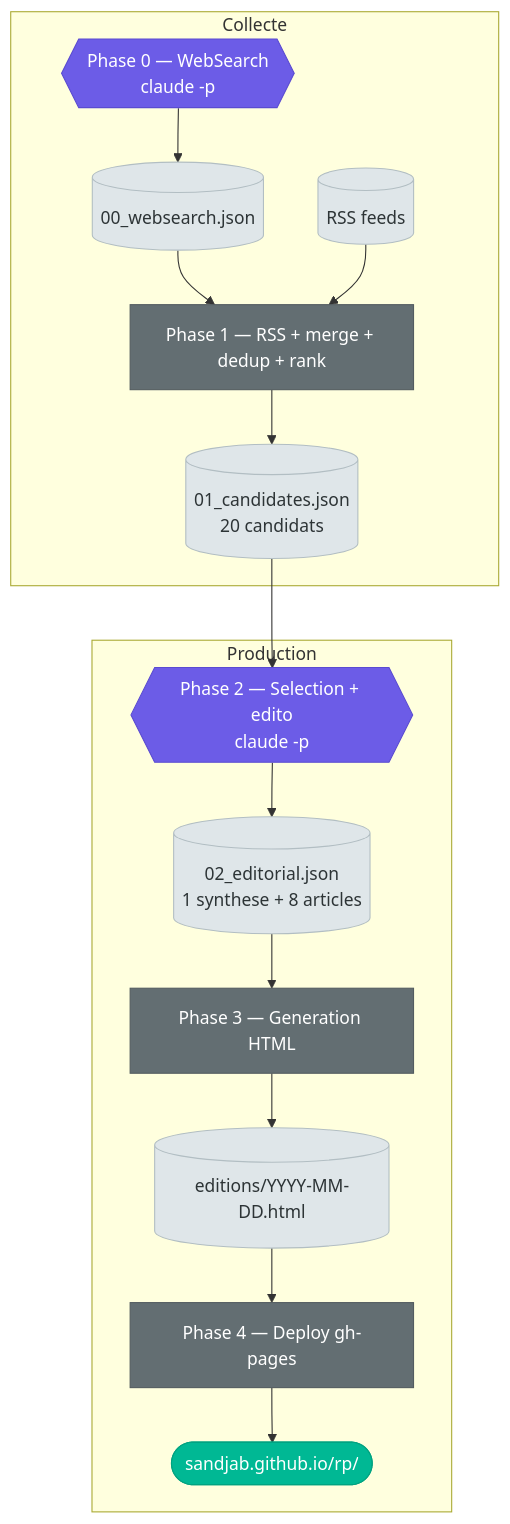
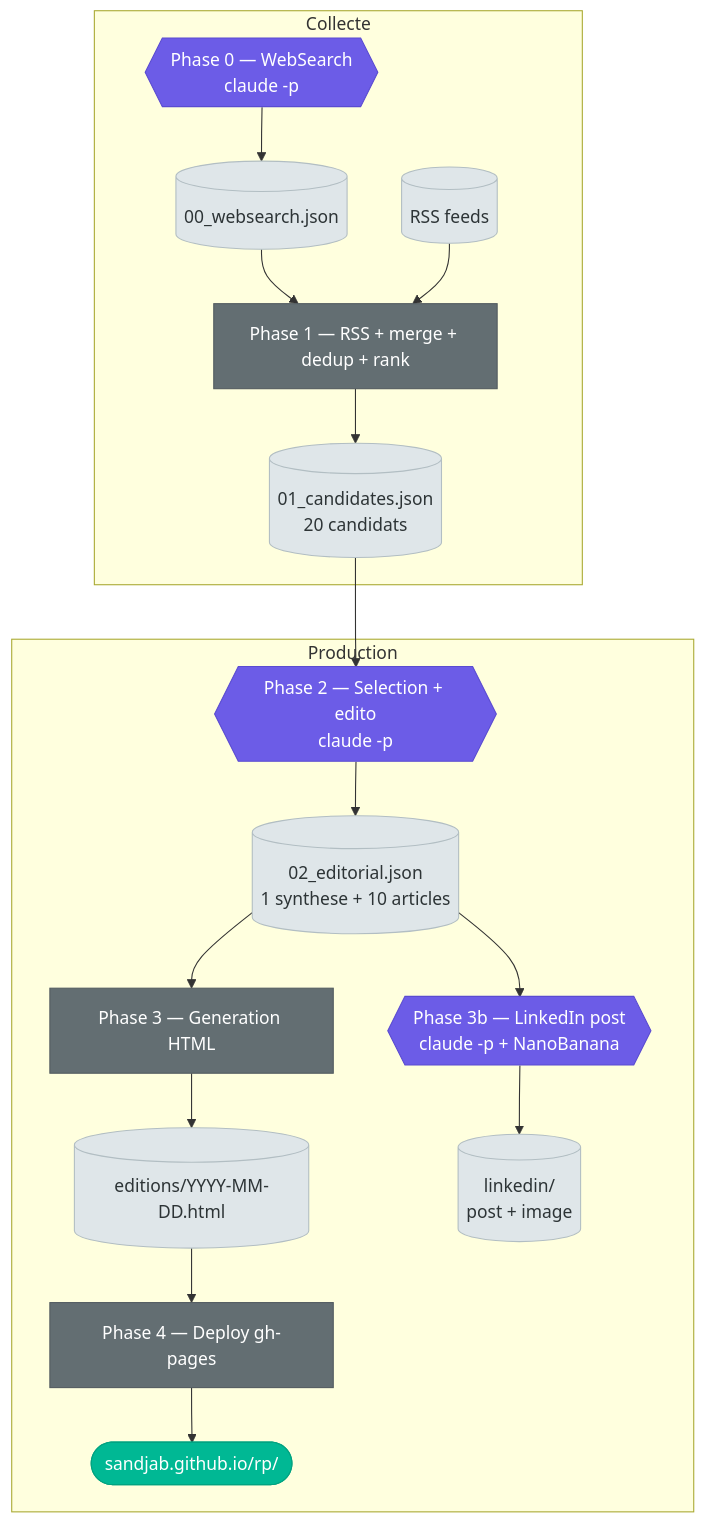
The diagram in README.md (Sandjab/rp), drawn with Mermaid before and after one commit. The commit also changed other lines of this file, not shown here.

First line of the commit message:
Update README with LinkedIn pipeline documentation

````diff
--- a/README.md
+++ b/README.md
@@ -9,29 +9,31 @@
 ```mermaid
 flowchart TD
     subgraph Collecte
         WS{{Phase 0 — WebSearch\nclaude -p}}
         WS --> A0[(00_websearch.json)]
         A0 --> COL[Phase 1 — RSS + merge + dedup + rank]
         RSS[(RSS feeds)] --> COL
         COL --> A1[(01_candidates.json\n20 candidats)]
     end
 
     subgraph Production
         A1 --> ED{{Phase 2 — Selection + edito\nclaude -p}}
-        ED --> A2[(02_editorial.json\n1 synthese + 8 articles)]
+        ED --> A2[(02_editorial.json\n1 synthese + 10 articles)]
         A2 --> GEN[Phase 3 — Generation HTML]
         GEN --> HTML[(editions/YYYY-MM-DD.html)]
+        A2 --> LI{{Phase 3b — LinkedIn post\nclaude -p + NanoBanana}}
+        LI --> LIF[(linkedin/\npost + image)]
         HTML --> DEP[Phase 4 — Deploy gh-pages]
         DEP --> SITE([sandjab.github.io/rp/])
     end
 
     classDef llm fill:#6C5CE7,color:#fff,stroke:#5A4BD1
     classDef script fill:#636e72,color:#fff,stroke:#535c60
     classDef artifact fill:#dfe6e9,color:#2d3436,stroke:#b2bec3
     classDef site fill:#00b894,color:#fff,stroke:#00a381
 
-    class WS,ED llm
+    class WS,ED,LI llm
     class COL,GEN,DEP script
-    class A0,A1,A2,HTML,RSS artifact
+    class A0,A1,A2,HTML,RSS,LIF artifact
     class SITE site
 ```
````
